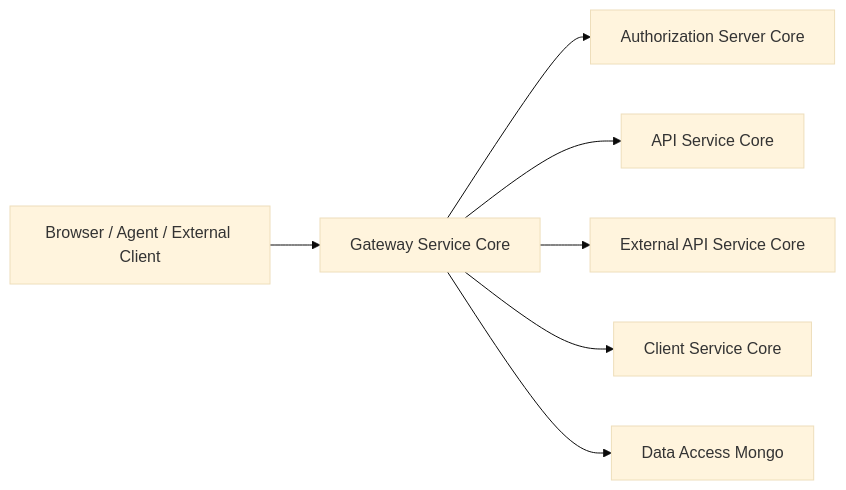
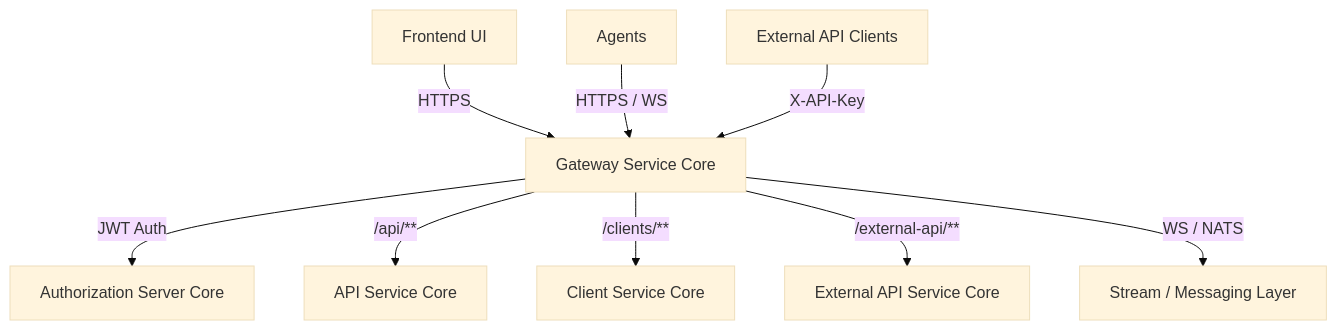
The diagram in docs/architecture/diagrams/gateway-service-core.mmd (Praesto-Pro/openframe-oss-tenant), drawn with Mermaid (base theme) before and after one commit. The commit also changed 214 other files, not shown here.

```diff
--- a/docs/architecture/diagrams/gateway-service-core.mmd
+++ b/docs/architecture/diagrams/gateway-service-core.mmd
@@ -1,9 +1,10 @@
-flowchart LR
-    Client["Browser / Agent / External Client"] --> Gateway["Gateway Service Core"]
+flowchart TD
+    UI["Frontend UI"] -->|"HTTPS"| Gateway["Gateway Service Core"]
+    Agents["Agents"] -->|"HTTPS / WS"| Gateway
+    ExternalClients["External API Clients"] -->|"X-API-Key"| Gateway
 
-    Gateway --> Authz["Authorization Server Core"]
-    Gateway --> ApiService["API Service Core"]
-    Gateway --> ExternalApi["External API Service Core"]
-    Gateway --> ClientService["Client Service Core"]
-
-    Gateway --> Mongo["Data Access Mongo"]
+    Gateway -->|"JWT Auth"| Authz["Authorization Server Core"]
+    Gateway -->|"/api/**"| ApiService["API Service Core"]
+    Gateway -->|"/clients/**"| ClientService["Client Service Core"]
+    Gateway -->|"/external-api/**"| ExternalApi["External API Service Core"]
+    Gateway -->|"WS / NATS"| StreamLayer["Stream / Messaging Layer"]
```
